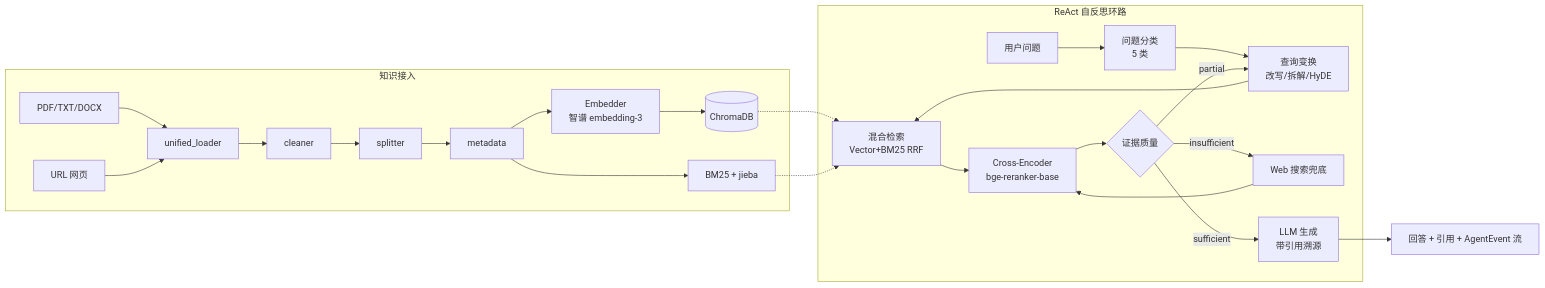
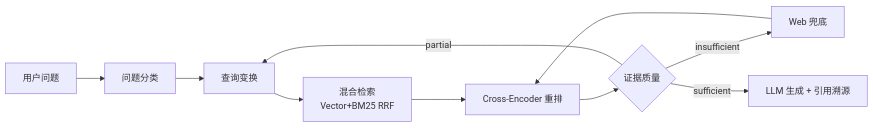
One commit to Melodymll01/riskpilot-cross-border-data-agent changed the second of 2 diagrams in README.md. Above: the diagram before and after it, drawn with Mermaid. The commit also changed other lines of this file, not shown here.

````diff
--- a/README.md
+++ b/README.md
@@ -127,27 +73,9 @@
 ```mermaid
 flowchart LR
-    subgraph Ingest[知识接入]
-        A1[PDF/TXT/DOCX] --> L[unified_loader]
-        A2[URL 网页] --> L
-        L --> C[cleaner] --> S[splitter] --> M[metadata]
-        M --> E[Embedder<br/>智谱 embedding-3]
-        M --> B[BM25 + jieba]
-        E --> V[(ChromaDB)]
-    end
-
-    subgraph Agent[ReAct 自反思环路]
-        Q[用户问题] --> QC[问题分类<br/>5 类]
-        QC --> QT[查询变换<br/>改写/拆解/HyDE]
-        QT --> R[混合检索<br/>Vector+BM25 RRF]
-        V -.-> R
-        B -.-> R
-        R --> RR[Cross-Encoder<br/>bge-reranker-base]
-        RR --> EC{证据质量}
-        EC -- partial --> QT
-        EC -- insufficient --> WS[Web 搜索兜底]
-        WS --> RR
-        EC -- sufficient --> GEN[LLM 生成<br/>带引用溯源]
-    end
-
-    GEN --> ANS[回答 + 引用 + AgentEvent 流]
+    Q[用户问题] --> QC[问题分类] --> QT[查询变换]
+    QT --> R[混合检索<br/>Vector+BM25 RRF] --> RR[Cross-Encoder 重排]
+    RR --> EC{证据质量}
+    EC -- partial --> QT
+    EC -- insufficient --> WS[Web 兜底] --> RR
+    EC -- sufficient --> GEN[LLM 生成 + 引用溯源]
 ```
````
